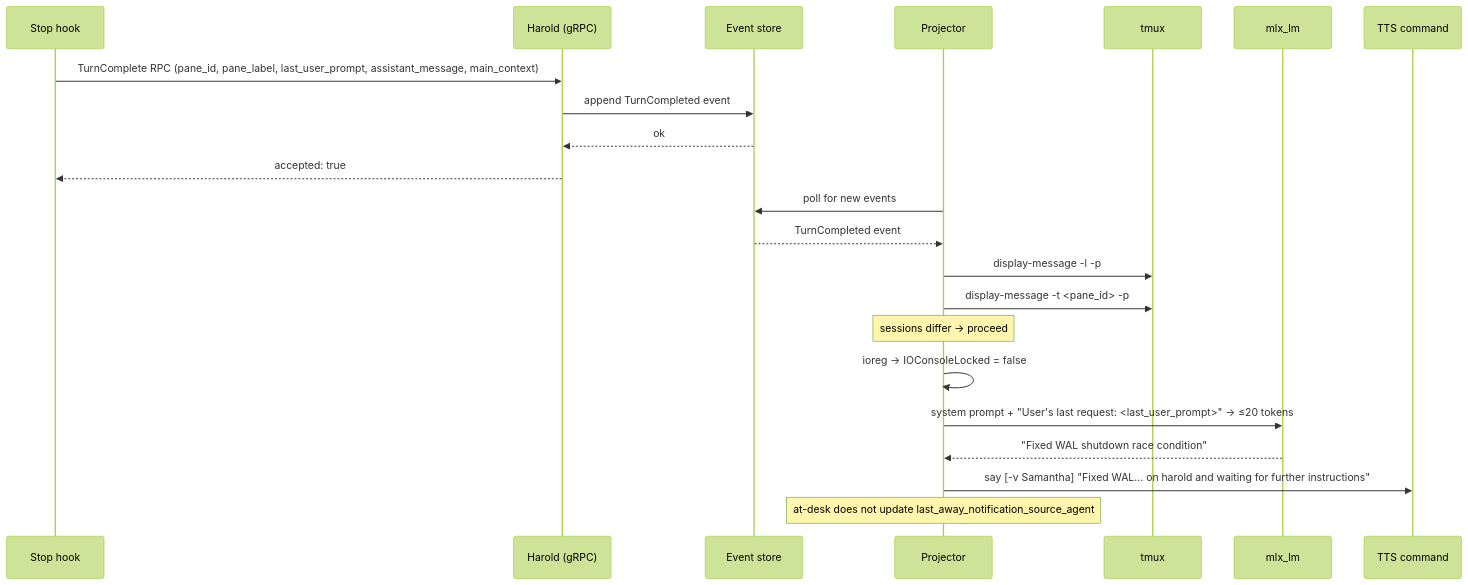
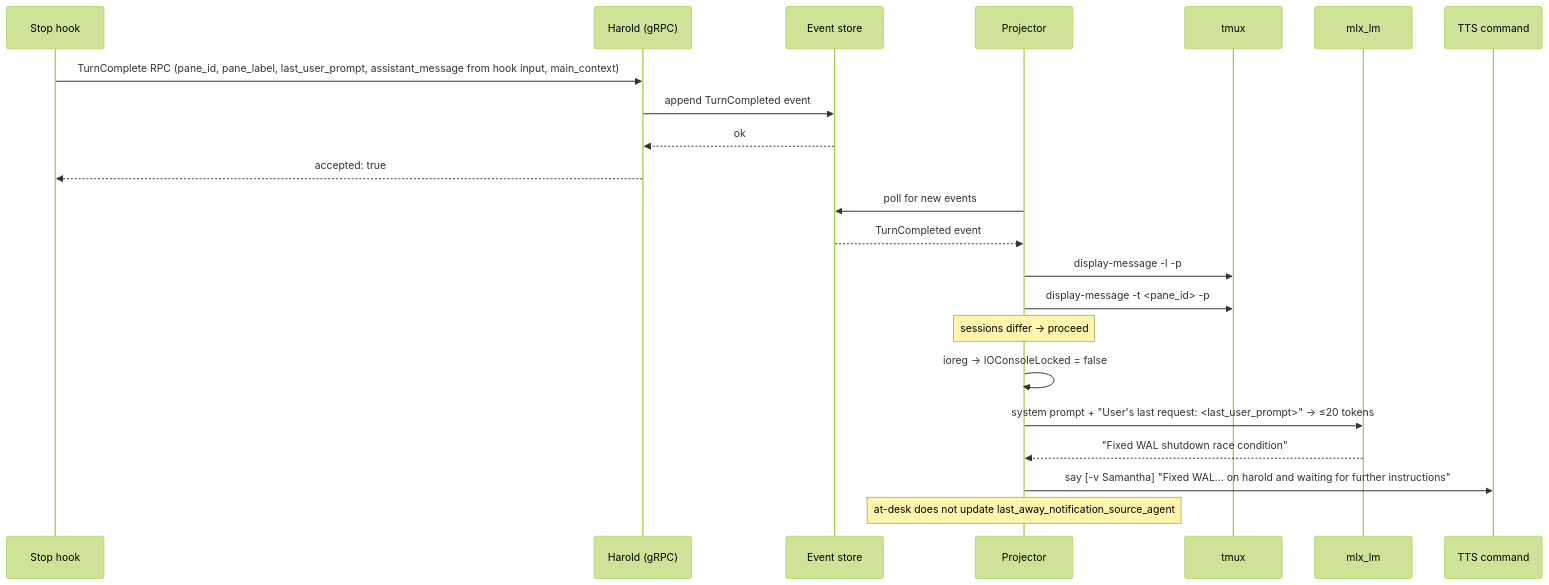
The first of 2 diagrams in docs/references/notification/README.md (kahgeh/harold), drawn with Mermaid (forest theme) before and after one commit. The commit also changed other lines of this file and 2 other files, not shown here.

````diff
--- a/docs/references/notification/README.md
+++ b/docs/references/notification/README.md
@@ -74,26 +75,26 @@
 ```mermaid
 sequenceDiagram
     participant Hook as Stop hook
     participant gRPC as Harold (gRPC)
     participant Store as Event store
     participant Projector
     participant Tmux as tmux
     participant LocalModel as mlx_lm
     participant TTS as TTS command
 
-    Hook->>gRPC: TurnComplete RPC (pane_id, pane_label, last_user_prompt, assistant_message, main_context)
+    Hook->>gRPC: TurnComplete RPC (pane_id, pane_label, last_user_prompt, assistant_message from hook input, main_context)
     gRPC->>Store: append TurnCompleted event
     Store-->>gRPC: ok
     gRPC-->>Hook: accepted: true
 
     Projector->>Store: poll for new events
     Store-->>Projector: TurnCompleted event
     Projector->>Tmux: display-message -l -p #{session_name} → MRU client session
     Projector->>Tmux: display-message -t <pane_id> -p #{session_name} → pane session
     note over Projector: sessions differ → proceed
     Projector->>Projector: ioreg → IOConsoleLocked = false
     Projector->>LocalModel: system prompt + "User's last request: <last_user_prompt>" → ≤20 tokens
     LocalModel-->>Projector: "Fixed WAL shutdown race condition"
     Projector->>TTS: say [-v Samantha] "Fixed WAL... on harold and waiting for further instructions"
     note over Projector: at-desk does not update last_away_notification_source_agent
 ```
````
